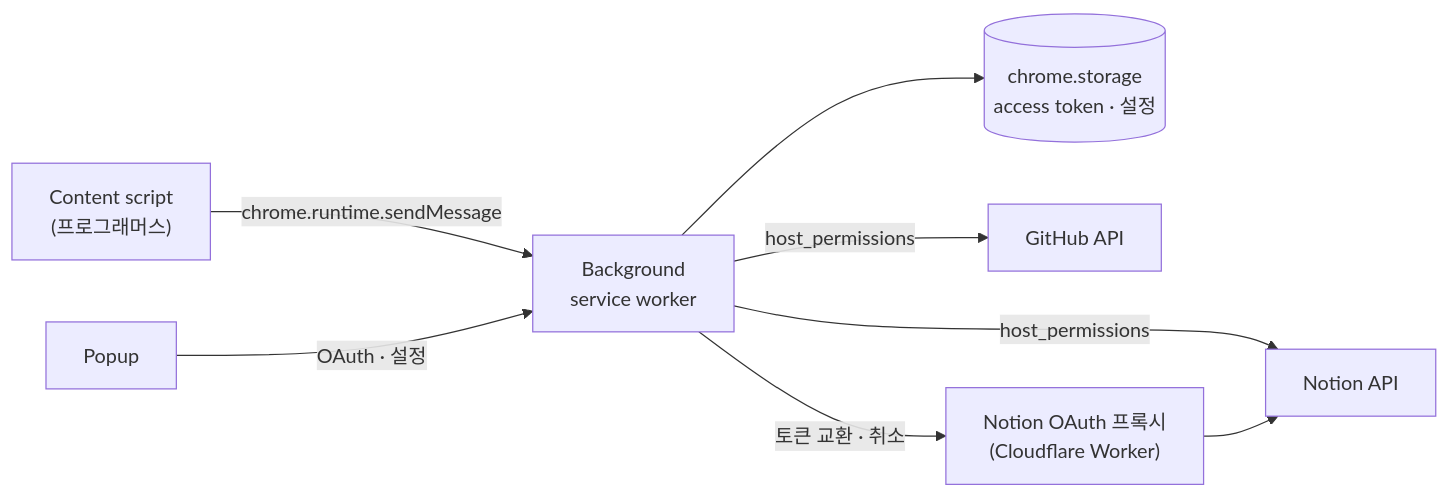
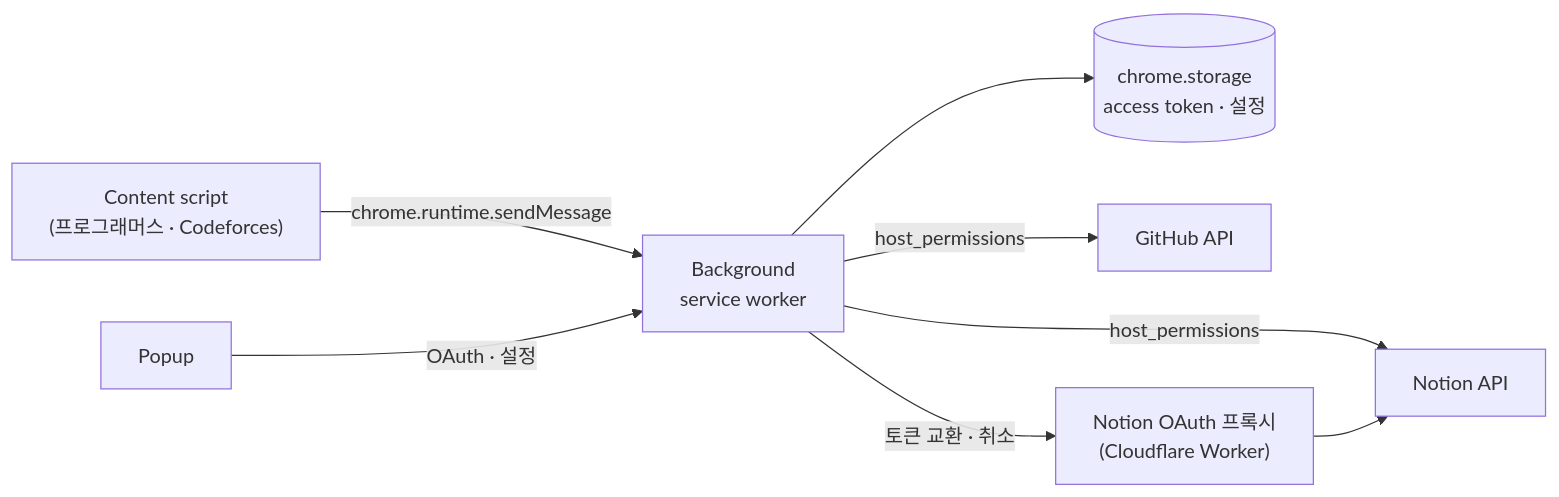
The diagram in README.ko.md (Seojeonguk/sourceCodeUploader), drawn with Mermaid before and after one commit. The commit also changed other lines of this file and 4 other files, not shown here.

````diff
--- a/README.ko.md
+++ b/README.ko.md
@@ -50,10 +50,10 @@
 ```mermaid
 flowchart LR
-    CS["Content script<br/>(프로그래머스)"] -->|chrome.runtime.sendMessage| BG["Background<br/>service worker"]
+    CS["Content script<br/>(프로그래머스 · Codeforces)"] -->|chrome.runtime.sendMessage| BG["Background<br/>service worker"]
     POP["Popup"] -->|OAuth · 설정| BG
     BG --> ST[("chrome.storage<br/>access token · 설정")]
     BG -->|host_permissions| GH["GitHub API"]
     BG -->|host_permissions| NO["Notion API"]
     BG -->|토큰 교환 · 취소| PX["Notion OAuth 프록시<br/>(Cloudflare Worker)"]
     PX --> NO
 ```
````
